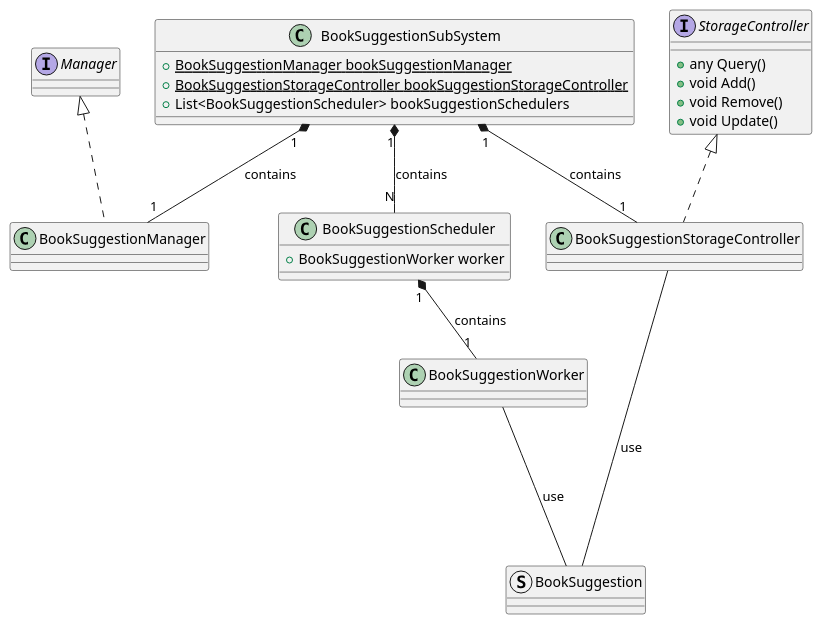
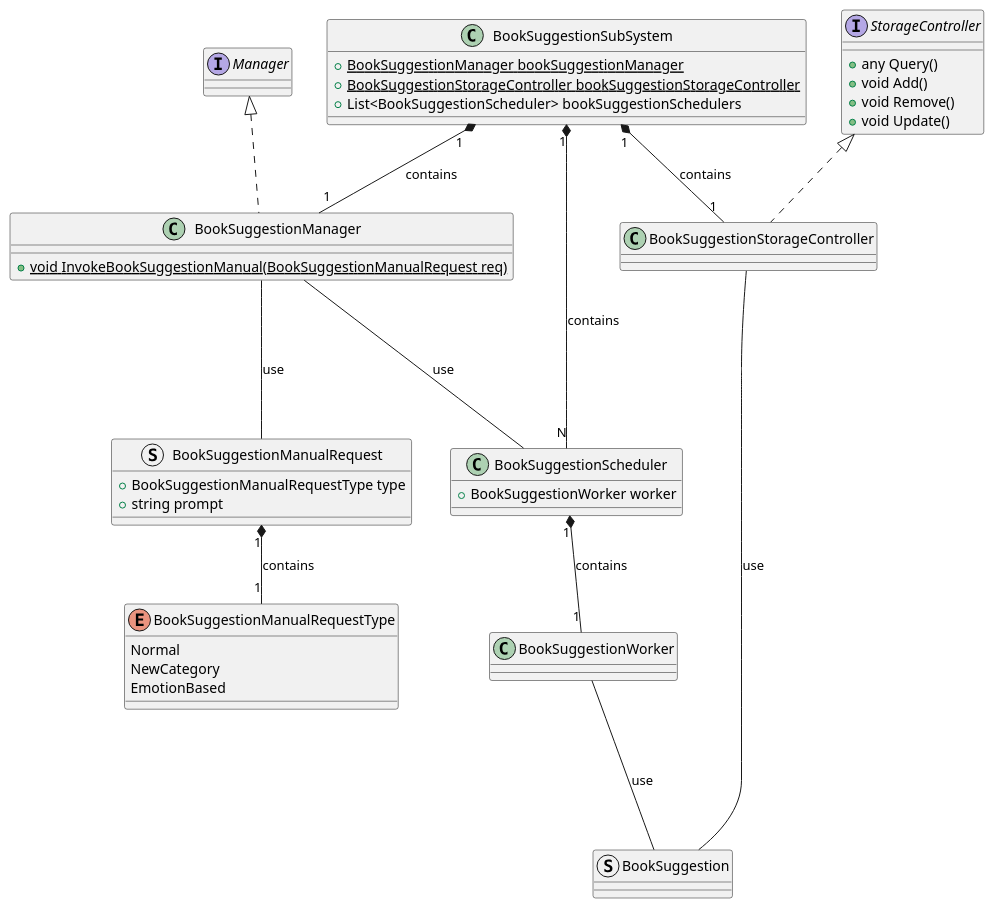
Before and after one commit to ShapeLayer/se-lecture-task__project-structure-definitions: the diagram in src/BookSuggestion.puml, drawn with PlantUML. The commit also changed 1 other file, not shown here.

Commit message:
Add BookSuggestion SubSystem Structure to Support AI Module

```diff
--- a/src/BookSuggestion.puml
+++ b/src/BookSuggestion.puml
@@ -1,35 +1,51 @@
 @startuml
 Interface Manager
 Interface StorageController {
     + any Query()
     + void Add()
     + void Remove()
     + void Update()
 }
+
+enum BookSuggestionManualRequestType {
+    Normal
+    NewCategory
+    EmotionBased
+}
+struct BookSuggestionManualRequest {
+    + BookSuggestionManualRequestType type
+    + string prompt
+}
+BookSuggestionManualRequest "1" *-- "1" BookSuggestionManualRequestType : contains
 
 struct BookSuggestion {}
 
 class BookSuggestionWorker {}
 BookSuggestionWorker --- BookSuggestion : use
 
 class BookSuggestionScheduler {
     + BookSuggestionWorker worker
 }
 
 BookSuggestionScheduler "1" *-- "1" BookSuggestionWorker : contains
 
-class BookSuggestionManager implements Manager {}
+class BookSuggestionManager implements Manager {
+    + {static} void InvokeBookSuggestionManual(BookSuggestionManualRequest req)
+}
+BookSuggestionManager --- BookSuggestionManualRequest : use
+BookSuggestionManager --- BookSuggestionScheduler : use
+
 class BookSuggestionStorageController implements StorageController {}
 BookSuggestionStorageController --- BookSuggestion : use
 
 class BookSuggestionSubSystem {
     + {static} BookSuggestionManager bookSuggestionManager
     + {static} BookSuggestionStorageController bookSuggestionStorageController
     + List<BookSuggestionScheduler> bookSuggestionSchedulers
 }
 
 BookSuggestionSubSystem "1" *-- "1" BookSuggestionManager : contains
 BookSuggestionSubSystem "1" *-- "1" BookSuggestionStorageController : contains
 BookSuggestionSubSystem "1" *-- "N" BookSuggestionScheduler : contains
 
 @enduml
```
